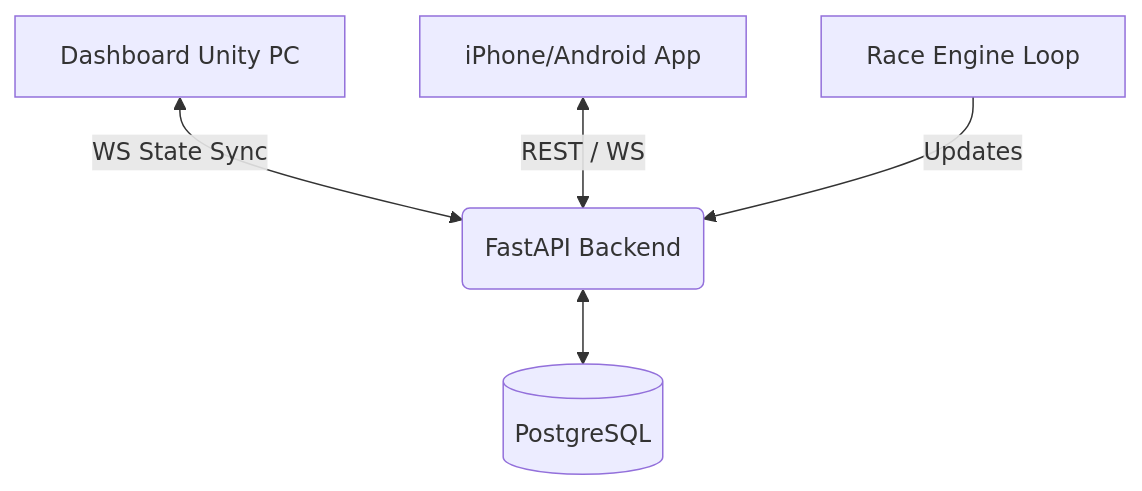
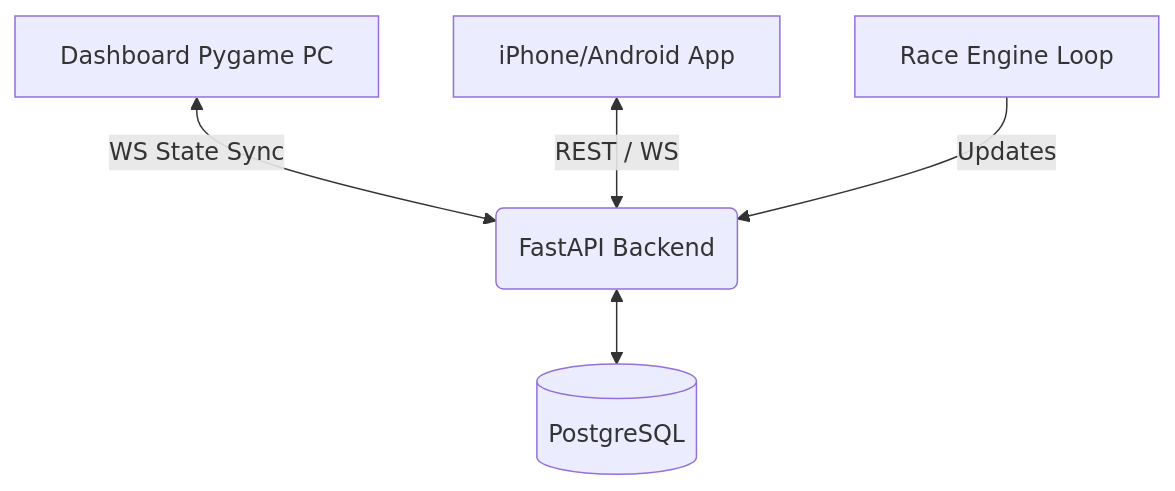
One commit to juanmanuelpriet/Jackpot-Jockeys changed the diagram in backend/README.md. Above: the diagram before and after it, drawn with Mermaid. The commit also changed other lines of this file and 1 other file, not shown here.

Commit message:
docs: cambiar Unity por Pygame en la documentación del dashboard

````diff
--- a/backend/README.md
+++ b/backend/README.md
@@ -25,7 +25,7 @@
 ```mermaid
 graph TD
-    Unity[Dashboard Unity PC] <-->|WS State Sync| BE(FastAPI Backend)
+    Dashboard[Dashboard Pygame PC] <-->|WS State Sync| BE(FastAPI Backend)
     Phone[iPhone/Android App] <-->|REST / WS| BE
     BE <--> DB[(PostgreSQL)]
     Engine[Race Engine Loop] -->|Updates| BE
 ```
````
